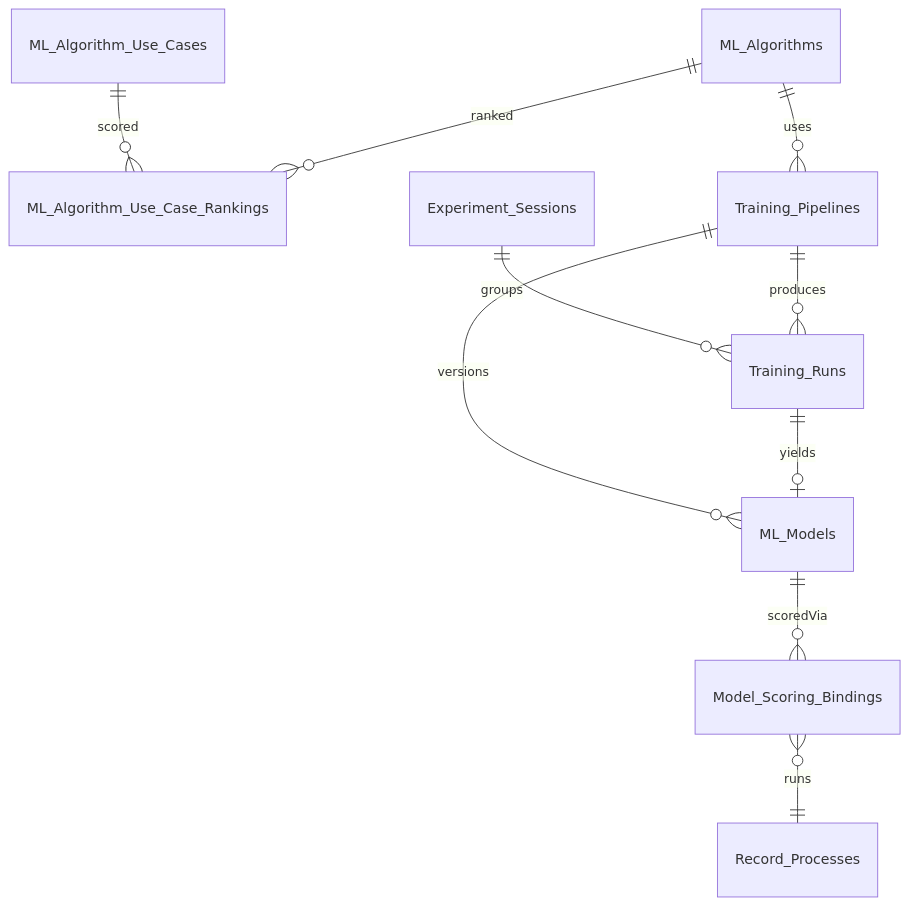
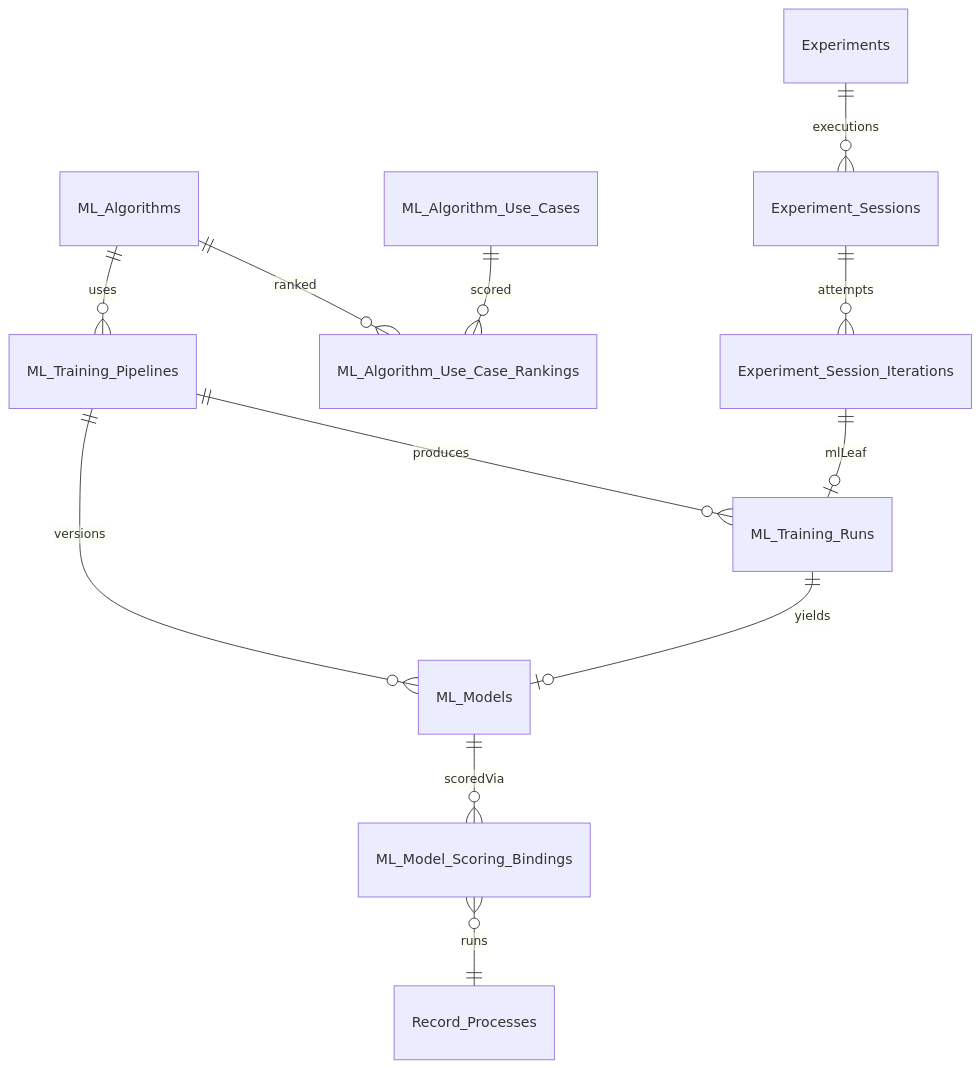
The second of 5 diagrams in plans/predictive-studio.md (MemberJunction/MJ), drawn with Mermaid before and after one commit. The commit also changed other lines of this file and 1 other file, not shown here.

````diff
--- a/plans/predictive-studio.md
+++ b/plans/predictive-studio.md
@@ -144,12 +145,14 @@
 ```mermaid
 erDiagram
     ML_Algorithms ||--o{ ML_Algorithm_Use_Case_Rankings : ranked
     ML_Algorithm_Use_Cases ||--o{ ML_Algorithm_Use_Case_Rankings : scored
-    ML_Algorithms ||--o{ Training_Pipelines : uses
-    Training_Pipelines ||--o{ Training_Runs : produces
-    Training_Runs ||--o| ML_Models : yields
-    Training_Pipelines ||--o{ ML_Models : versions
-    Experiment_Sessions ||--o{ Training_Runs : groups
-    ML_Models ||--o{ Model_Scoring_Bindings : scoredVia
-    Model_Scoring_Bindings }o--|| Record_Processes : runs
+    ML_Algorithms ||--o{ ML_Training_Pipelines : uses
+    ML_Training_Pipelines ||--o{ ML_Training_Runs : produces
+    ML_Training_Runs ||--o| ML_Models : yields
+    ML_Training_Pipelines ||--o{ ML_Models : versions
+    Experiments ||--o{ Experiment_Sessions : executions
+    Experiment_Sessions ||--o{ Experiment_Session_Iterations : attempts
+    Experiment_Session_Iterations ||--o| ML_Training_Runs : mlLeaf
+    ML_Models ||--o{ ML_Model_Scoring_Bindings : scoredVia
+    ML_Model_Scoring_Bindings }o--|| Record_Processes : runs
 ```
````
